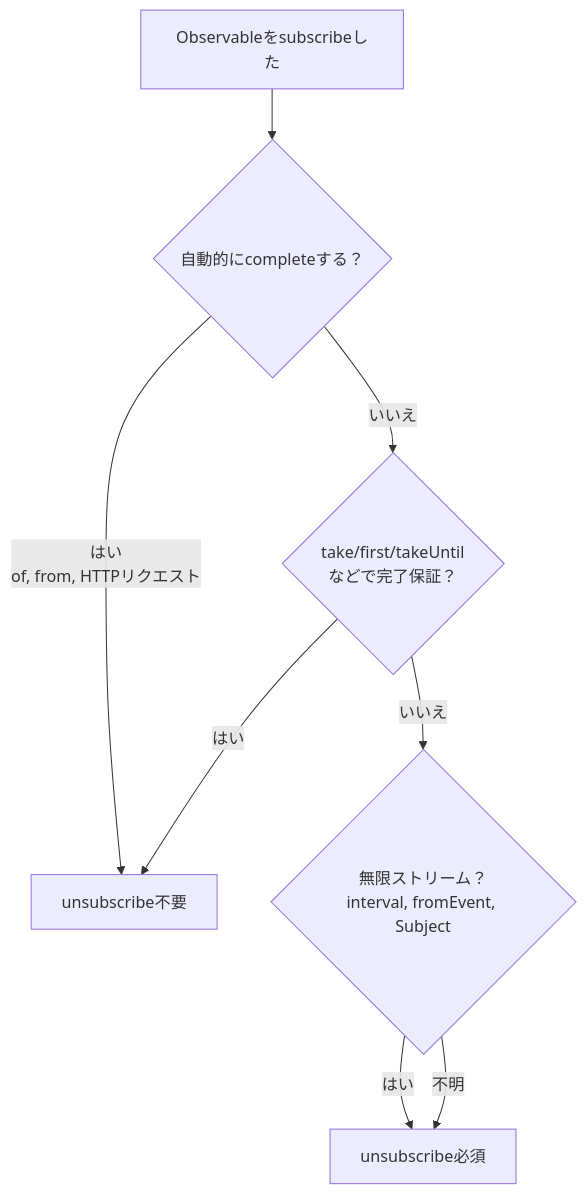
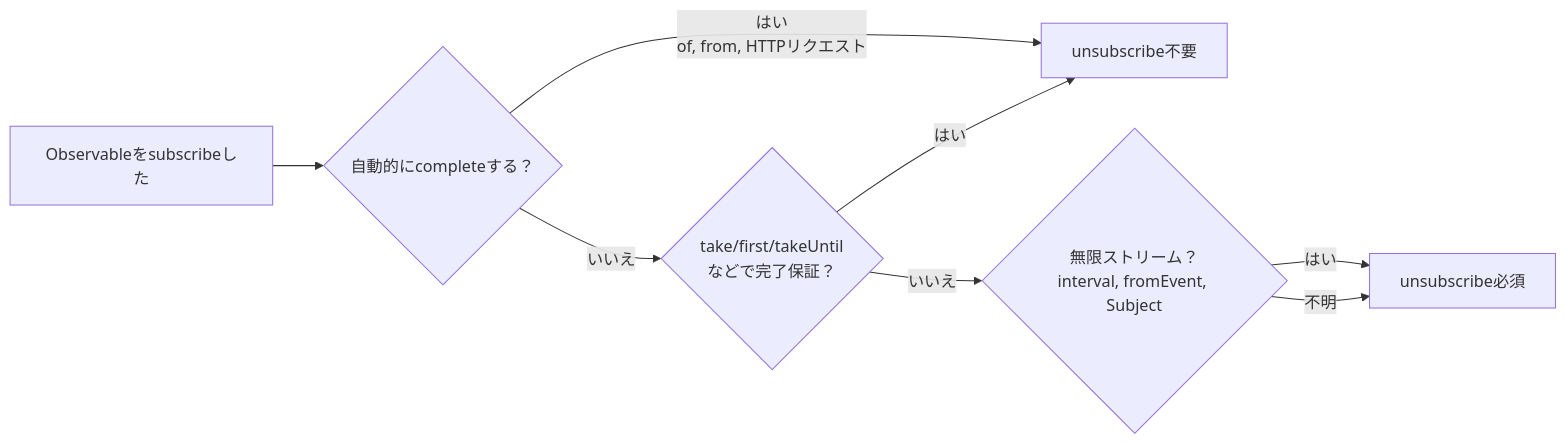
One commit to shuji-bonji/RxJS-with-TypeScript changed the third of 3 diagrams in docs/guide/overcoming-difficulties/lifecycle-management.md. Above: the diagram before and after it, drawn with Mermaid. The commit also changed other lines of this file and 6 other files, not shown here.

Commit message:
fix: 視覚的説明の図を追加

````diff
--- a/docs/guide/overcoming-difficulties/lifecycle-management.md
+++ b/docs/guide/overcoming-difficulties/lifecycle-management.md
@@ -212,10 +255,10 @@
 ```mermaid
-graph TB
+graph LR
     A[Observableをsubscribeした] --> B{自動的にcompleteする？}
     B -->|はい<br/>of, from, HTTPリクエスト| C[unsubscribe不要]
     B -->|いいえ| D{take/first/takeUntil<br/>などで完了保証？}
     D -->|はい| C
     D -->|いいえ| E{無限ストリーム？<br/>interval, fromEvent, Subject}
     E -->|はい| F[unsubscribe必須]
     E -->|不明| F
 ```
````
